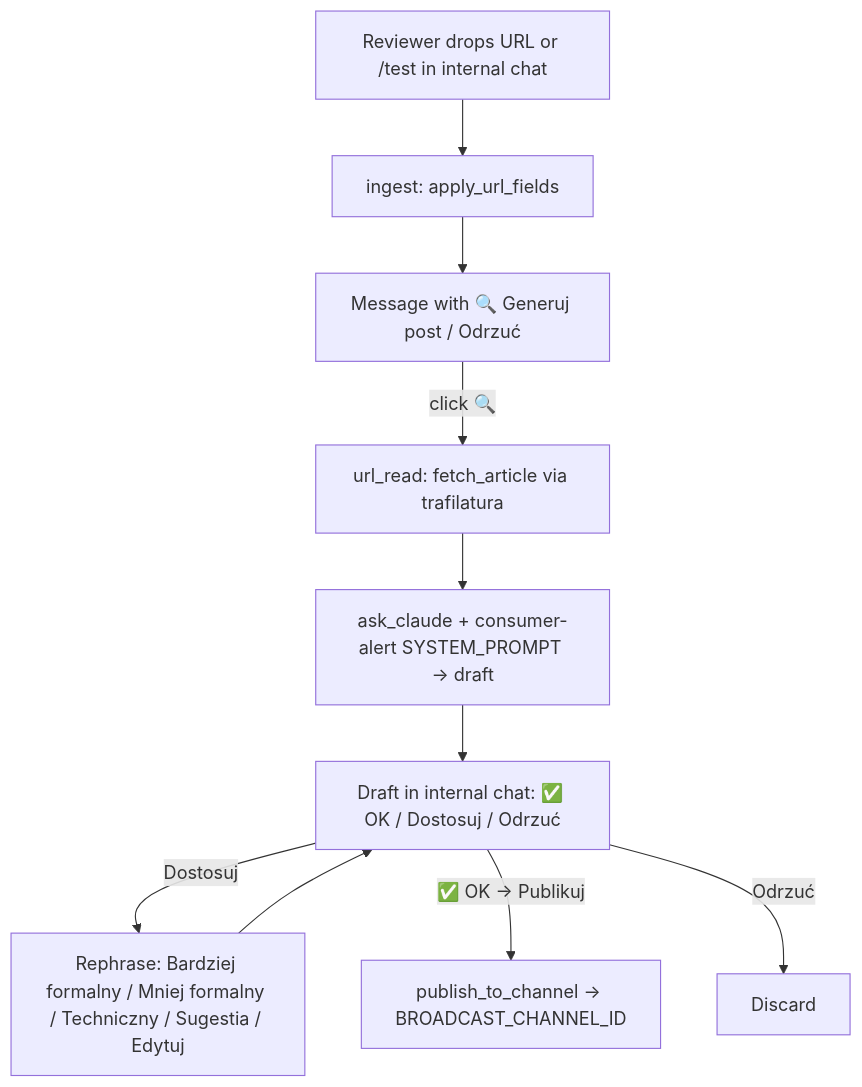
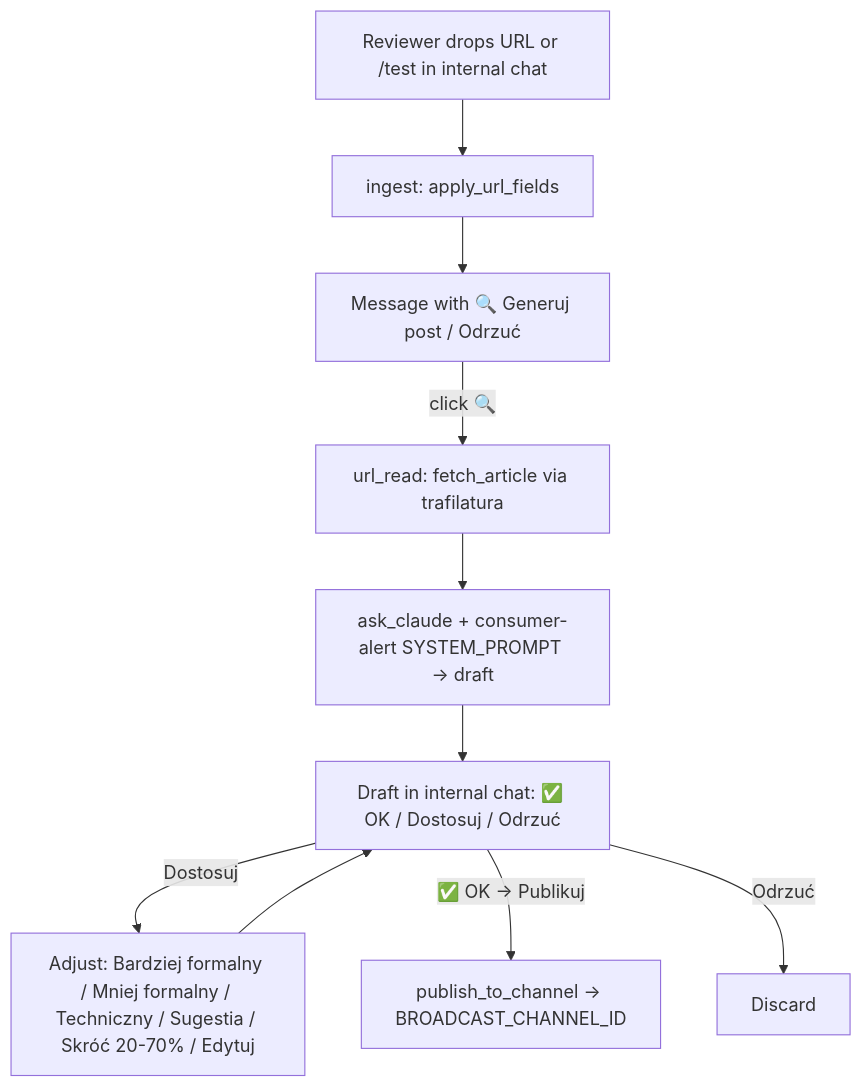
One commit to kamcioszeq/alertkonsumencki changed the first of 3 diagrams in README_WHY.md. Above: the diagram before and after it, drawn with Mermaid. The commit also changed other lines of this file and 27 other files, not shown here.

````diff
--- a/README_WHY.md
+++ b/README_WHY.md
@@ -28,12 +28,12 @@
 ```mermaid
 flowchart TD
   A[Reviewer drops URL or /test in internal chat] --> B[ingest: apply_url_fields]
   B --> C[Message with 🔍 Generuj post / Odrzuć]
   C -->|click 🔍| D[url_read: fetch_article via trafilatura]
   D --> E[ask_claude + consumer-alert SYSTEM_PROMPT → draft]
   E --> F[Draft in internal chat: ✅ OK / Dostosuj / Odrzuć]
-  F -->|Dostosuj| G[Rephrase: Bardziej formalny / Mniej formalny / Techniczny / Sugestia / Edytuj]
+  F -->|Dostosuj| G[Adjust: Bardziej formalny / Mniej formalny / Techniczny / Sugestia / Skróć 20-70% / Edytuj]
   G --> F
   F -->|✅ OK → Publikuj| H[publish_to_channel → BROADCAST_CHANNEL_ID]
   F -->|Odrzuć| X[Discard]
 ```
````
